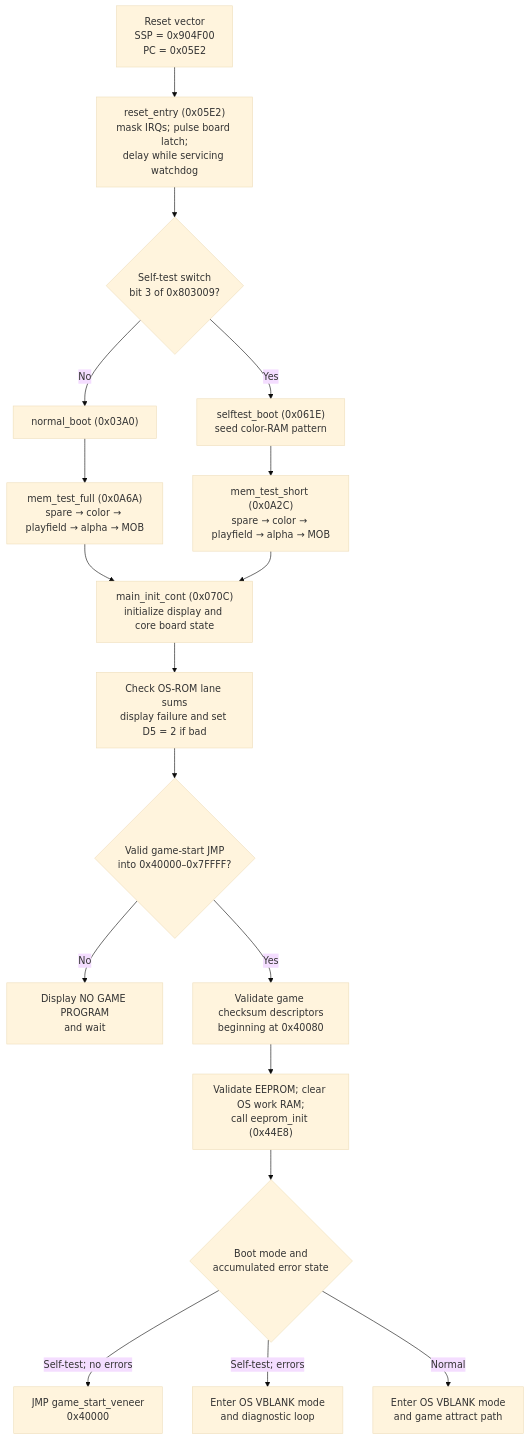
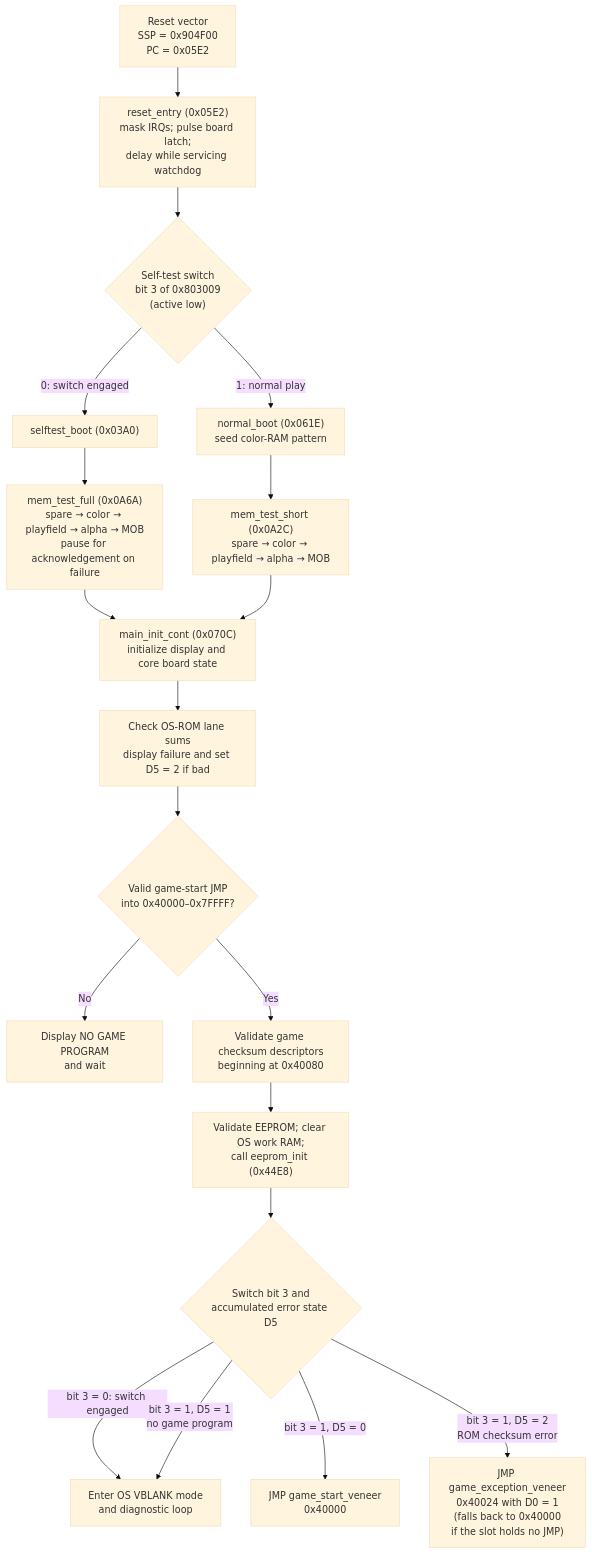
The first of 5 diagrams in doc/02_os_rom.md (alinsavix/gauntlet-gamerom-ai-reveng), drawn with Mermaid (base theme) before and after one commit. The commit also changed other lines of this file and 62 other files, not shown here.

````diff
--- a/doc/02_os_rom.md
+++ b/doc/02_os_rom.md
@@ -207,23 +212,24 @@
 ```mermaid
 flowchart TD
     vector["Reset vector<br/>SSP = 0x904F00<br/>PC = 0x05E2"] --> reset["reset_entry (0x05E2)<br/>mask IRQs; pulse board latch;<br/>delay while servicing watchdog"]
-    reset --> switch{"Self-test switch<br/>bit 3 of 0x803009?"}
+    reset --> switch{"Self-test switch<br/>bit 3 of 0x803009<br/>(active low)"}
 
-    switch -- "No" --> normal["normal_boot (0x03A0)"]
-    normal --> full["mem_test_full (0x0A6A)<br/>spare → color → playfield → alpha → MOB"]
+    switch -- "0: switch engaged" --> self["selftest_boot (0x03A0)"]
+    self --> full["mem_test_full (0x0A6A)<br/>spare → color → playfield → alpha → MOB<br/>pause for acknowledgement on failure"]
 
-    switch -- "Yes" --> self["selftest_boot (0x061E)<br/>seed color-RAM pattern"]
-    self --> short["mem_test_short (0x0A2C)<br/>spare → color → playfield → alpha → MOB"]
+    switch -- "1: normal play" --> normal["normal_boot (0x061E)<br/>seed color-RAM pattern"]
+    normal --> short["mem_test_short (0x0A2C)<br/>spare → color → playfield → alpha → MOB"]
 
     full --> init["main_init_cont (0x070C)<br/>initialize display and core board state"]
     short --> init
     init --> oscheck["Check OS-ROM lane sums<br/>display failure and set D5 = 2 if bad"]
     oscheck --> header{"Valid game-start JMP<br/>into 0x40000–0x7FFFF?"}
     header -- "No" --> nogame["Display NO GAME PROGRAM<br/>and wait"]
     header -- "Yes" --> gamecheck["Validate game checksum descriptors<br/>beginning at 0x40080"]
     gamecheck --> eeprom["Validate EEPROM; clear OS work RAM;<br/>call eeprom_init (0x44E8)"]
-    eeprom --> dispatch{"Boot mode and<br/>accumulated error state"}
-    dispatch -- "Self-test; no errors" --> gamestart["JMP game_start_veneer<br/>0x40000"]
-    dispatch -- "Self-test; errors" --> diag["Enter OS VBLANK mode<br/>and diagnostic loop"]
-    dispatch -- "Normal" --> attract["Enter OS VBLANK mode<br/>and game attract path"]
+    eeprom --> dispatch{"Switch bit 3 and<br/>accumulated error state D5"}
+    dispatch -- "bit 3 = 0: switch engaged" --> diag["Enter OS VBLANK mode<br/>and diagnostic loop"]
+    dispatch -- "bit 3 = 1, D5 = 0" --> gamestart["JMP game_start_veneer<br/>0x40000"]
+    dispatch -- "bit 3 = 1, D5 = 1<br/>no game program" --> diag
+    dispatch -- "bit 3 = 1, D5 = 2<br/>ROM checksum error" --> abort["JMP game_exception_veneer<br/>0x40024 with D0 = 1<br/>(falls back to 0x40000<br/>if the slot holds no JMP)"]
 ```
````
